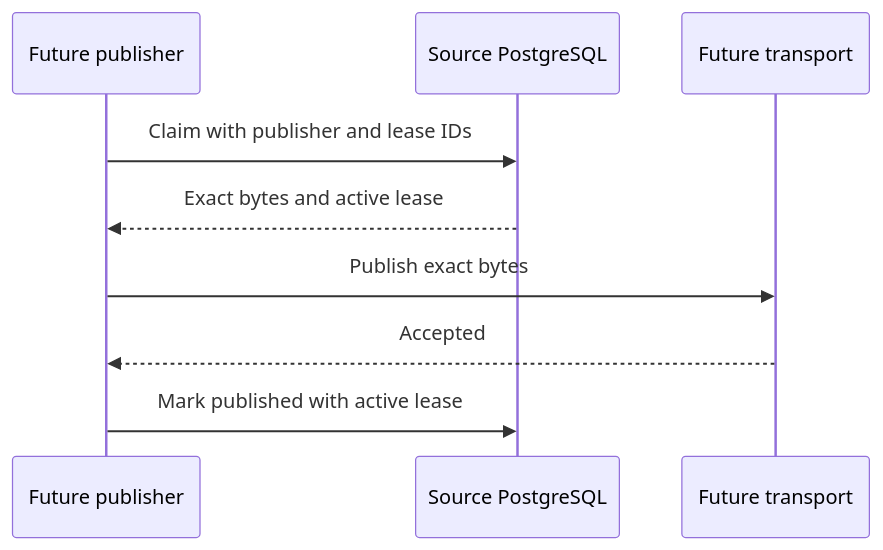
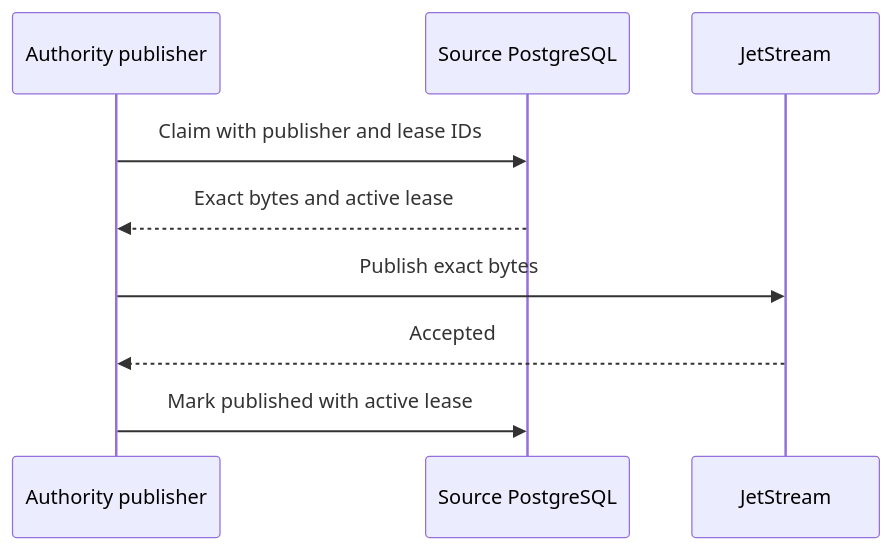
Before and after one commit to iitzrohan/edtech: the second of 5 diagrams in docs/architecture/message-delivery-semantics.md, drawn with Mermaid. The commit also changed other lines of this file and 52 other files, not shown here.

Commit message:
Implement Checkpoint 4 JetStream transport

````diff
--- a/docs/architecture/message-delivery-semantics.md
+++ b/docs/architecture/message-delivery-semantics.md
@@ -29,11 +29,11 @@
 ```mermaid
 sequenceDiagram
-    participant P as Future publisher
+    participant P as Authority publisher
     participant DB as Source PostgreSQL
-    participant T as Future transport
+    participant T as JetStream
     P->>DB: Claim with publisher and lease IDs
     DB-->>P: Exact bytes and active lease
     P->>T: Publish exact bytes
     T-->>P: Accepted
     P->>DB: Mark published with active lease
 ```
````
